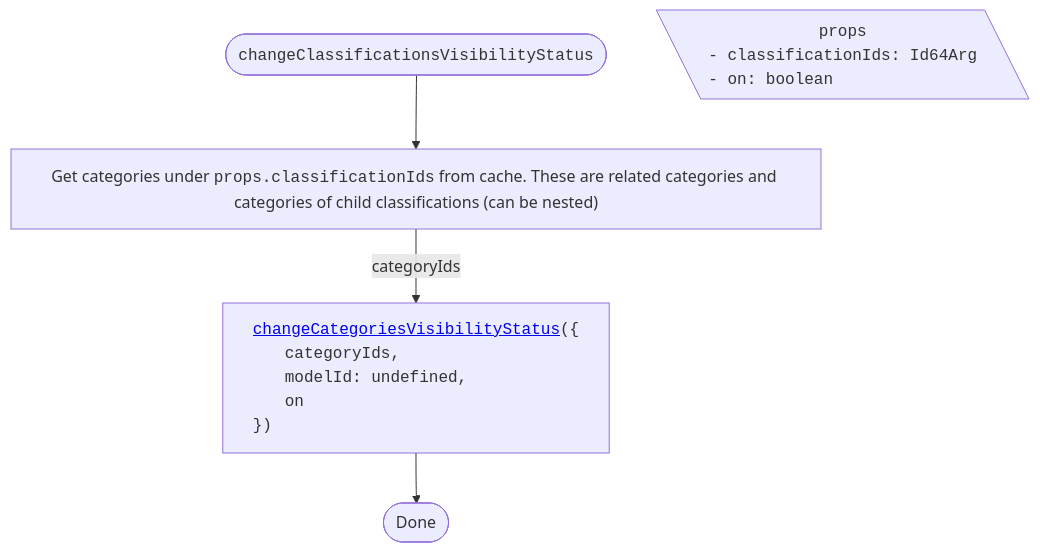
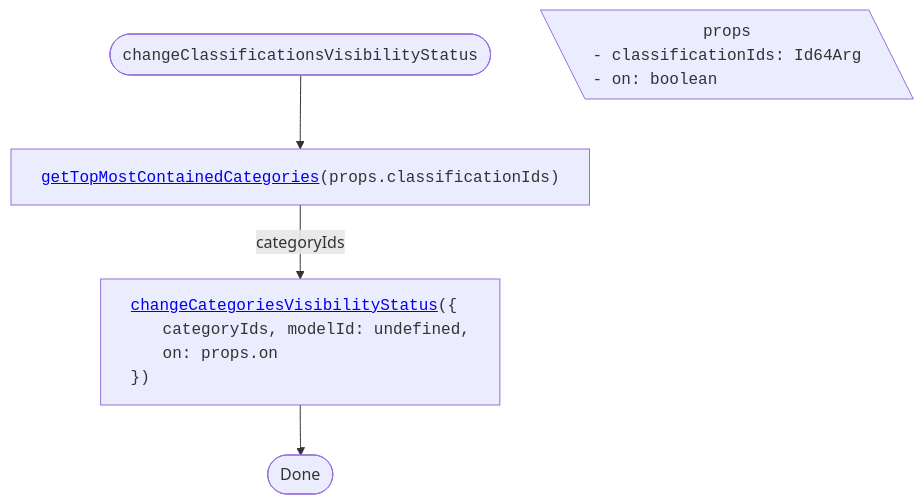
Before and after one commit to iTwin/viewer-components-react: the fifth of 5 diagrams in packages/itwin/tree-widget/docs/ClassificationsTreeVisibilityHandling.md, drawn with Mermaid. The commit also changed other lines of this file and 4 other files, not shown here.

Commit message:
[Tree widget]: update mermaid diagrams on `next`

````diff
--- a/packages/itwin/tree-widget/docs/ClassificationsTreeVisibilityHandling.md
+++ b/packages/itwin/tree-widget/docs/ClassificationsTreeVisibilityHandling.md
@@ -131,26 +139,25 @@
 ```mermaid
 ---
 config:
   flowchart:
     wrappingWidth: 750
     useMaxWidth: false
 ---
 
 flowchart TD
   RESULT_Done([Done])
 
   %% Start
-  TITLE(["<span style='font-family: monospace;'>changeClassificationsVisibilityStatus</span>"]) --> A["Get categories under <span style='font-family: monospace;'>props.classificationIds</span> from cache. These are related categories and categories of child classifications (can be nested)"]
+  TITLE(["<span style='font-family: monospace;'>changeClassificationsVisibilityStatus</span>"]) --> A["<span style='font-family: monospace;'><a href='#resolving-contained-categories'>getTopMostContainedCategories</a>(props.classificationIds)</span>"]
 
   PROPS[\"
     <span style='font-family: monospace;'>props</span>
     <span style='display: block; text-align: left; font-family: monospace;'>- classificationIds: Id64Arg<br/>- on: boolean</span>
   "\]
 
   A -- categoryIds --> B["<div style='text-align: left; font-family: monospace;'><a href='./SharedVisibilityHandling.md#changecategoriesvisibilitystatus'>changeCategoriesVisibilityStatus</a>({
-    <span style='padding-left: 2rem;'>categoryIds,</span>
-    <span style='padding-left: 2rem;'>modelId: undefined,</span>
-    <span style='padding-left: 2rem;'>on</span>
+    <span style='padding-left: 2rem;'>categoryIds, modelId: undefined,</span>
+    <span style='padding-left: 2rem;'>on: props.on</span>
     })</div>"]
   B --> RESULT_Done
 ```
````
